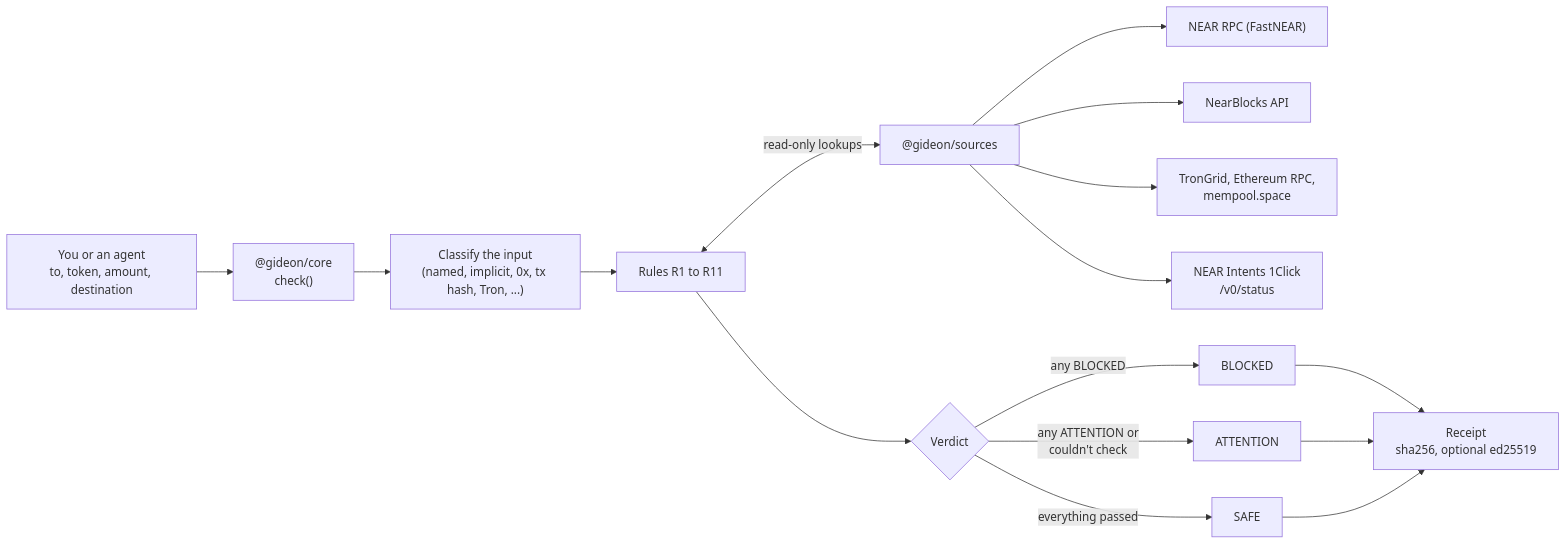
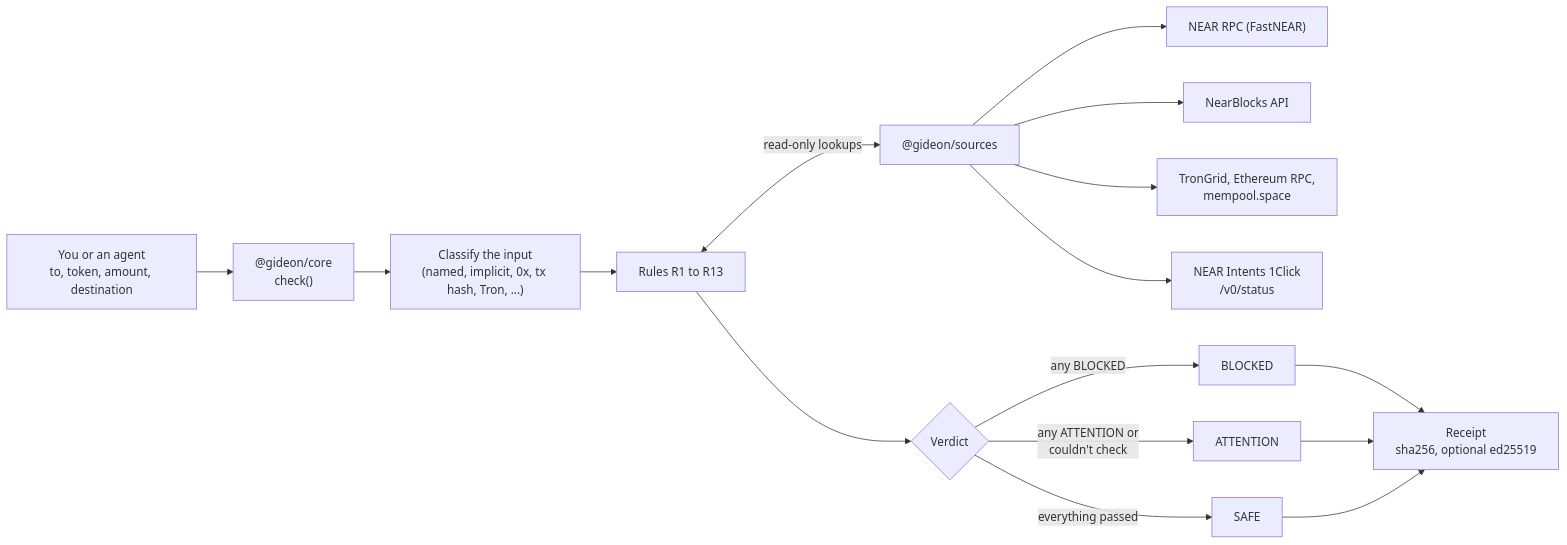
One commit to Adelekejr/Gideon-near changed the diagram in README.md. Above: the diagram before and after it, drawn with Mermaid. The commit also changed other lines of this file and 37 other files, not shown here.

````diff
--- a/README.md
+++ b/README.md
@@ -72,16 +72,16 @@
 ```mermaid
 flowchart LR
   U["You or an agent<br/>to, token, amount, destination"] --> E["@gideon/core<br/>check()"]
   E --> C["Classify the input<br/>(named, implicit, 0x, tx hash, Tron, ...)"]
-  C --> R["Rules R1 to R11"]
+  C --> R["Rules R1 to R13"]
   R <-->|"read-only lookups"| S["@gideon/sources"]
   S --> RPC["NEAR RPC (FastNEAR)"]
   S --> NB["NearBlocks API"]
   S --> FC["TronGrid, Ethereum RPC,<br/>mempool.space"]
   S --> OC["NEAR Intents 1Click<br/>/v0/status"]
   R --> V{"Verdict"}
   V -->|"any BLOCKED"| B["BLOCKED"]
   V -->|"any ATTENTION or<br/>couldn't check"| A["ATTENTION"]
   V -->|"everything passed"| OK["SAFE"]
   B & A & OK --> RC["Receipt<br/>sha256, optional ed25519"]
 ```
````
